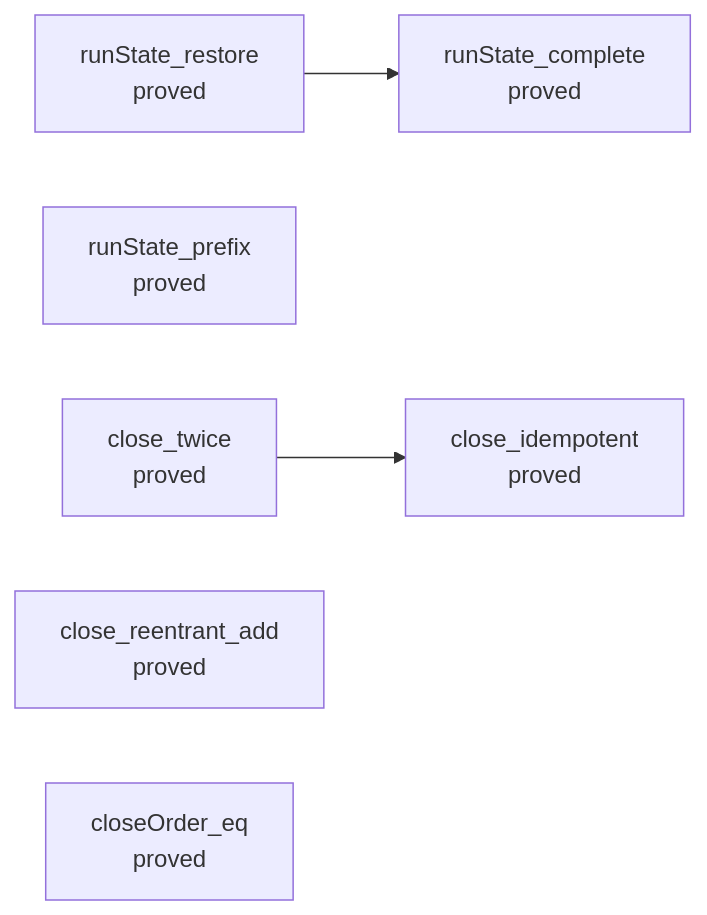
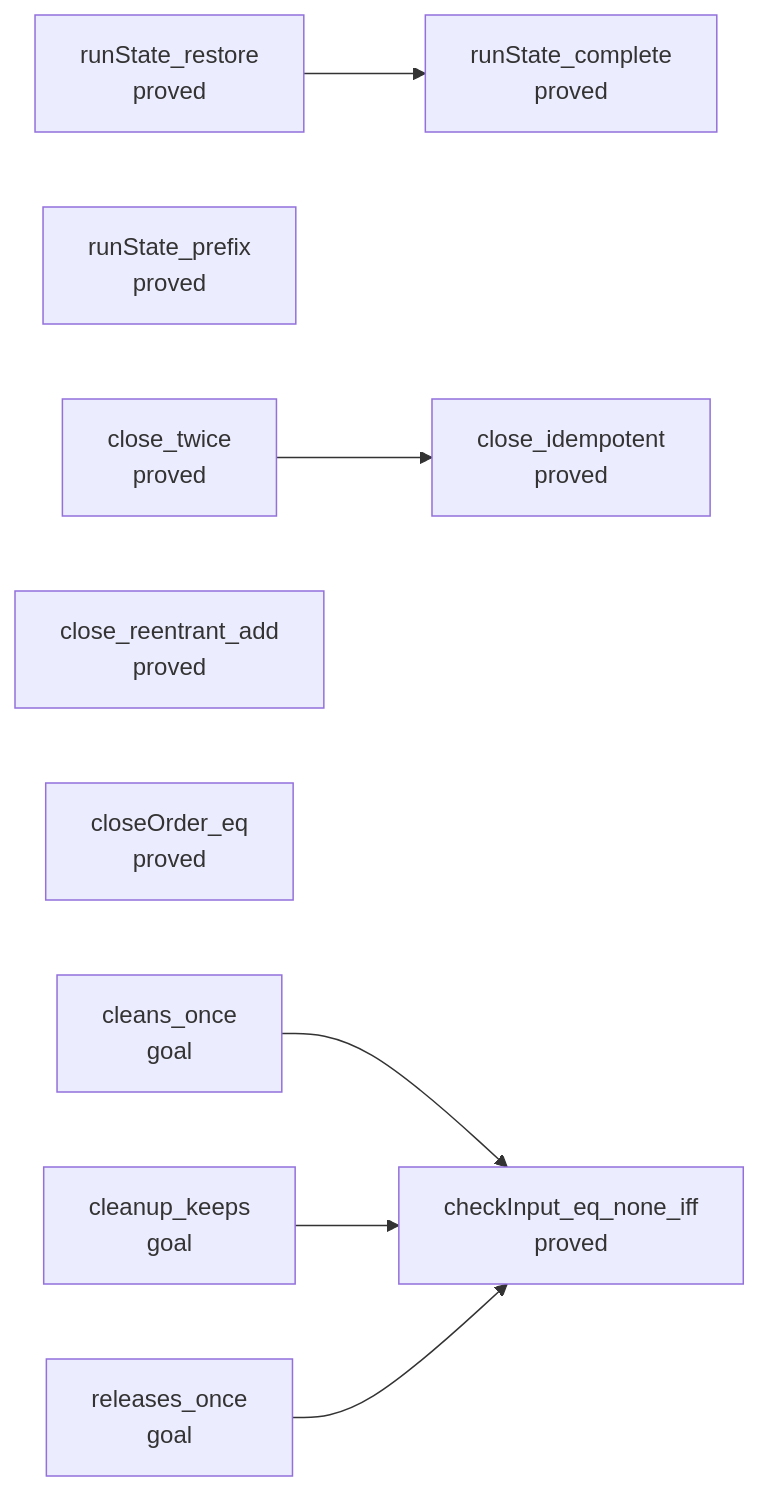
Diagram 11 of 13 in generated/semantics.md (pure-algebra/lean4-effect4), drawn with Mermaid before and after one commit. The commit also changed other lines of this file and 5 other files, not shown here.

````diff
--- a/generated/semantics.md
+++ b/generated/semantics.md
@@ -2869,12 +2964,19 @@
 ```mermaid
 flowchart LR
   n0["runState_complete<br/>proved"]
   n1["runState_restore<br/>proved"]
   n2["runState_prefix<br/>proved"]
   n3["close_twice<br/>proved"]
   n4["close_reentrant_add<br/>proved"]
   n5["closeOrder_eq<br/>proved"]
-  n6["close_idempotent<br/>proved"]
+  n6["cleans_once<br/>goal"]
+  n7["cleanup_keeps<br/>goal"]
+  n8["releases_once<br/>goal"]
+  n9["close_idempotent<br/>proved"]
+  n10["checkInput_eq_none_iff<br/>proved"]
   n1 --> n0
-  n3 --> n6
+  n3 --> n9
+  n6 --> n10
+  n7 --> n10
+  n8 --> n10
 ```
````
